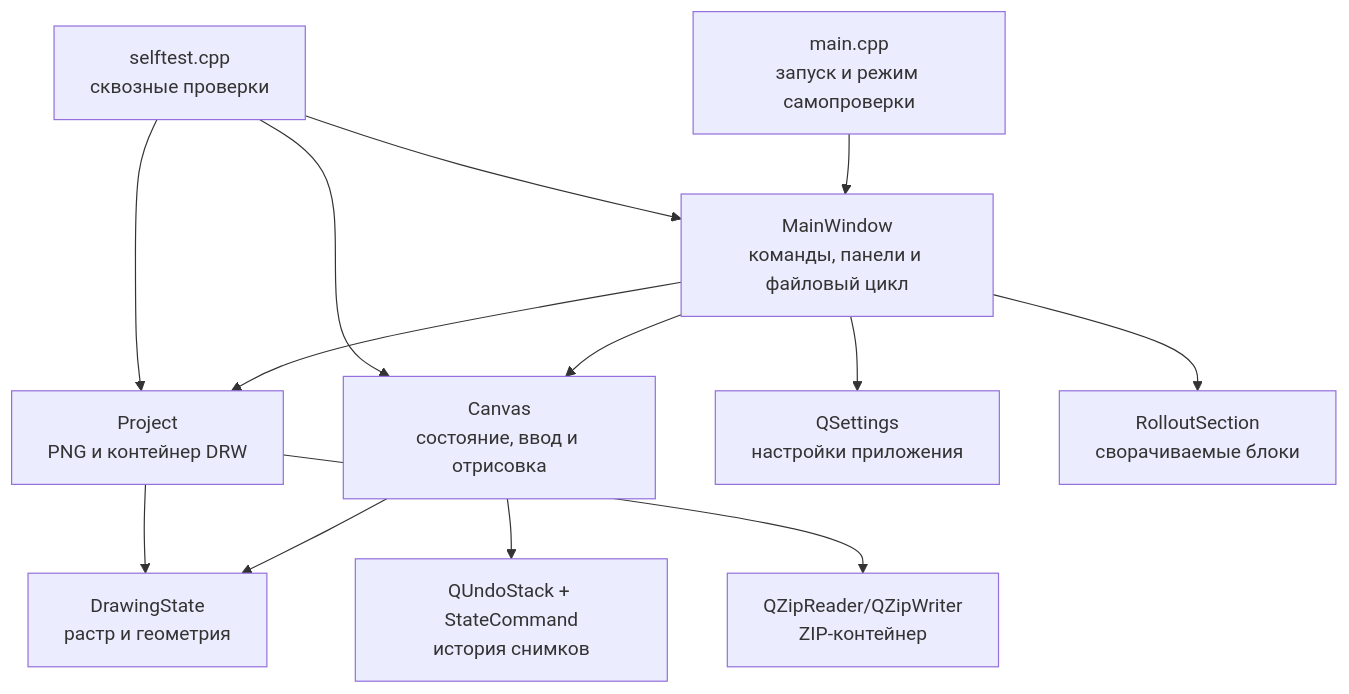
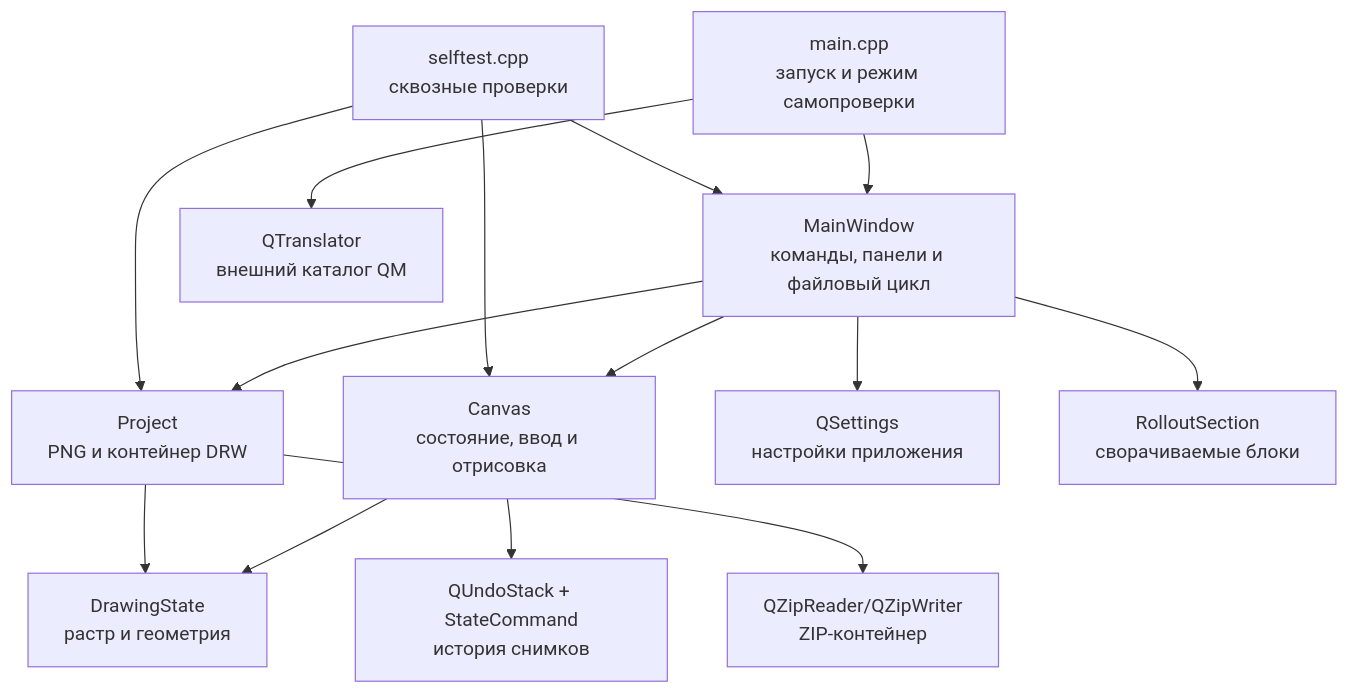
Before and after one commit to imalyavskiy/TechDrawGraphicsEditor: the diagram in docs/architecture.md, drawn with Mermaid. The commit also changed other lines of this file and 2 other files, not shown here.

````diff
--- a/docs/architecture.md
+++ b/docs/architecture.md
@@ -11,15 +11,16 @@
 ```mermaid
 flowchart TD
     Main[main.cpp<br/>запуск и режим самопроверки] --> Window[MainWindow<br/>команды, панели и файловый цикл]
     Window --> Canvas[Canvas<br/>состояние, ввод и отрисовка]
     Window --> Project[Project<br/>PNG и контейнер DRW]
     Window --> Settings[QSettings<br/>настройки приложения]
     Window --> Rollout[RolloutSection<br/>сворачиваемые блоки]
+    Main --> Translator[QTranslator<br/>внешний каталог QM]
     Canvas --> State[DrawingState<br/>растр и геометрия]
     Canvas --> Undo[QUndoStack + StateCommand<br/>история снимков]
     Project --> State
     Project --> Archive[QZipReader/QZipWriter<br/>ZIP-контейнер]
     SelfTest[selftest.cpp<br/>сквозные проверки] --> Window
     SelfTest --> Canvas
     SelfTest --> Project
 ```
````
